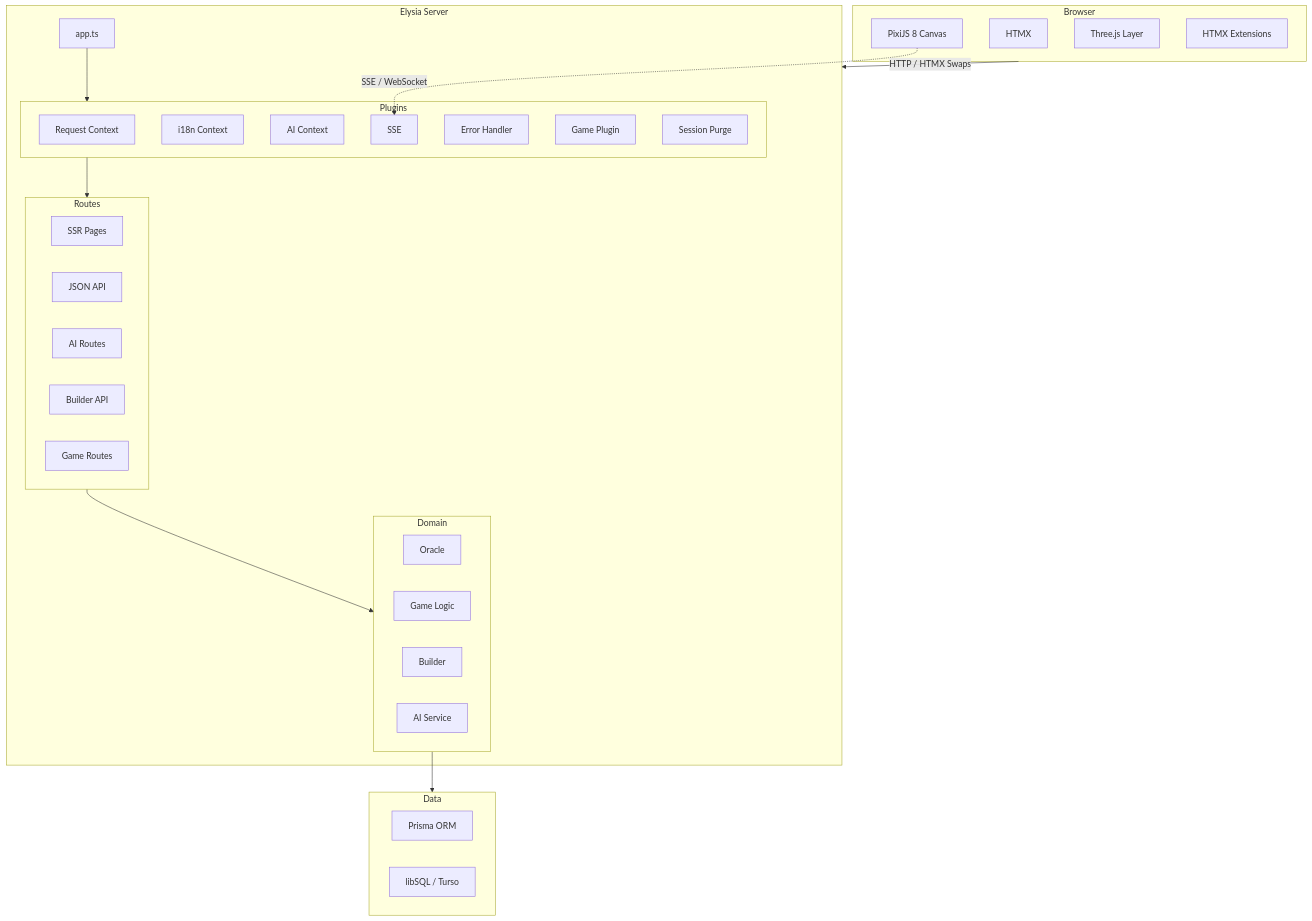
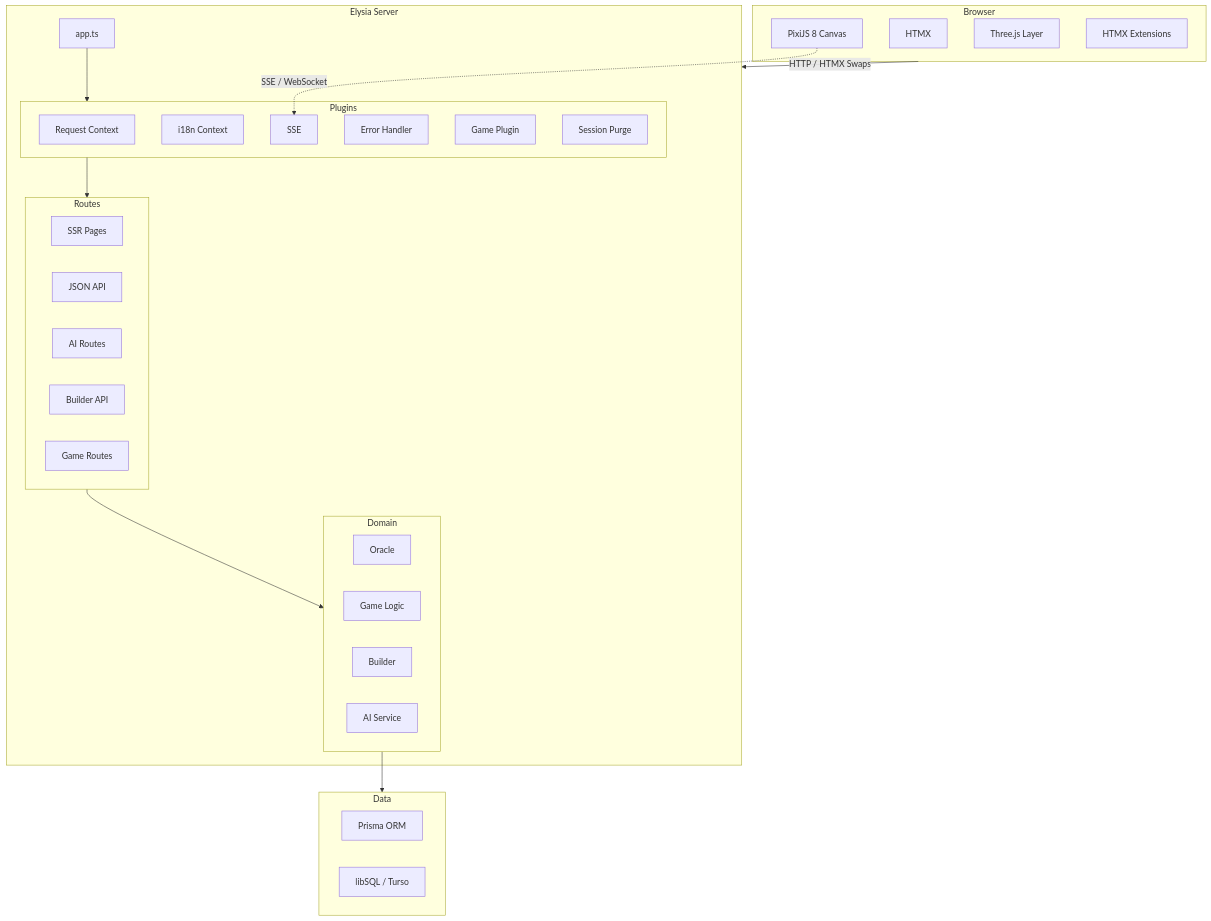
Before and after one commit to d4551/tea: the first of 8 diagrams in README.md, drawn with Mermaid. The commit also changed other lines of this file and 48 other files, not shown here.

Commit message:
feat: Implement local AI runtime profile, refactor AI provider architecture, and add new browser utilities.

````diff
--- a/README.md
+++ b/README.md
@@ -125,47 +124,46 @@
 ```mermaid
 graph TB
   subgraph Browser["Browser"]
     HTMX["HTMX"]
     PIXI["PixiJS 8 Canvas"]
     THREE["Three.js Layer"]
     EXT["HTMX Extensions"]
   end
 
   subgraph Elysia["Elysia Server"]
     APP["app.ts"]
 
     subgraph Plugins
       RC["Request Context"]
       I18N["i18n Context"]
-      AIC["AI Context"]
       SSE["SSE"]
       ERR["Error Handler"]
       GP["Game Plugin"]
       SP["Session Purge"]
     end
 
     subgraph Routes
       PAGE["SSR Pages"]
       API["JSON API"]
       AIR["AI Routes"]
       BLD["Builder API"]
       GMR["Game Routes"]
     end
 
     subgraph Domain
       ORC["Oracle"]
       GML["Game Logic"]
       BDS["Builder"]
       AIS["AI Service"]
     end
   end
 
   subgraph Storage["Data"]
     PRI["Prisma ORM"]
     SQL["libSQL / Turso"]
   end
 
   Browser -->|"HTTP / HTMX Swaps"| Elysia
   APP --> Plugins --> Routes --> Domain --> Storage
   PIXI -.->|"SSE / WebSocket"| SSE
 ```
````
